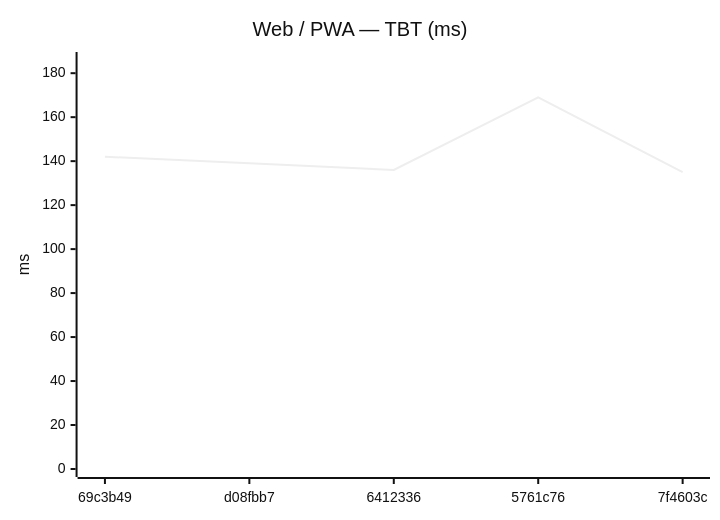
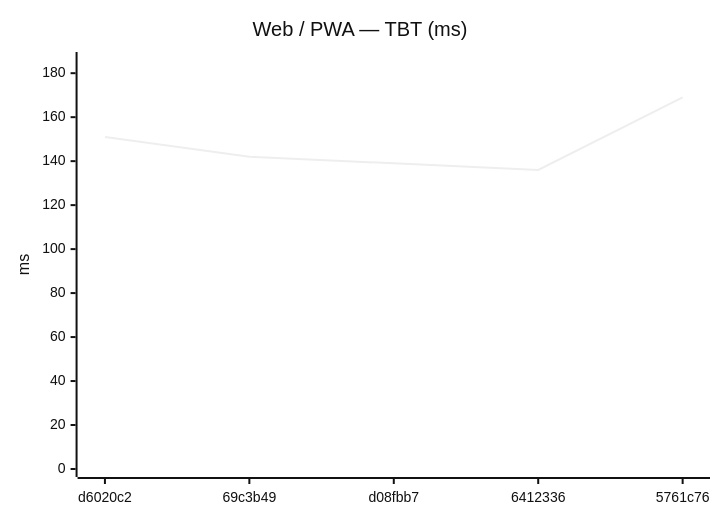
The eighth of 18 diagrams in benchmarks/compare.md (Metaheurist/Rianell), drawn with Mermaid (neutral theme) before and after one commit. The commit also changed other lines of this file and 11 other files, not shown here.

````diff
--- a/benchmarks/compare.md
+++ b/benchmarks/compare.md
@@ -124,7 +124,7 @@
 ```mermaid
 xychart-beta
     title "Web / PWA — TBT (ms)"
-    x-axis ["69c3b49", "d08fbb7", "6412336", "5761c76", "7f4603c"]
+    x-axis ["d6020c2", "69c3b49", "d08fbb7", "6412336", "5761c76"]
     y-axis "ms" 0 --> 186
-    line [142, 139, 136, 169, 135]
+    line [151, 142, 139, 136, 169]
 ```
````
